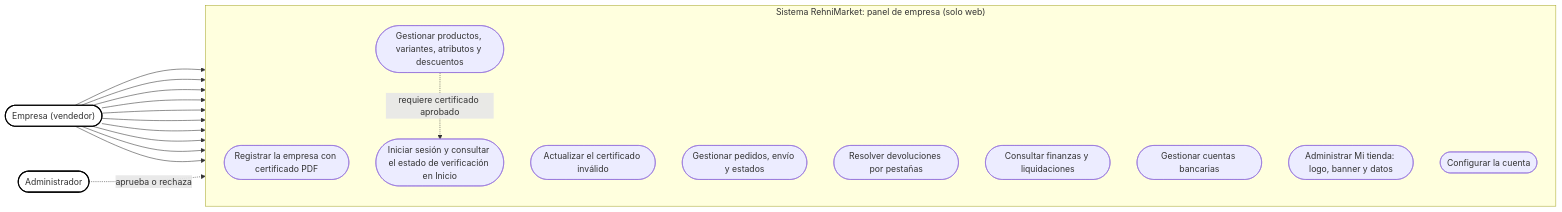
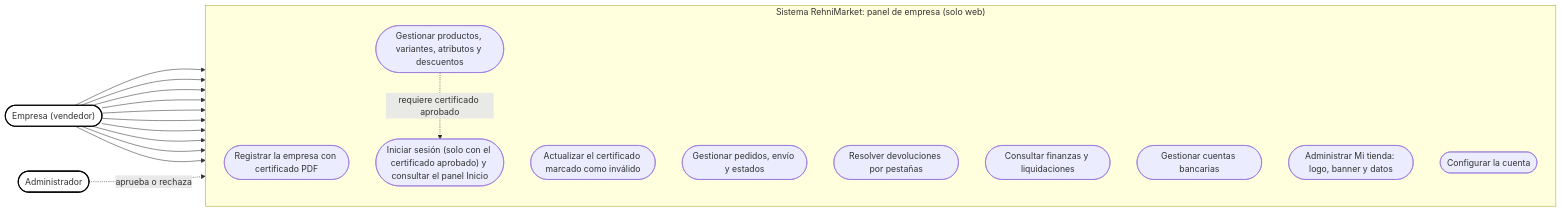
Before and after one commit to RehnieyAl/Rehni-Market: the diagram in docs/Manuales/diagramas/casos-de-uso-empresa.mmd, drawn with Mermaid. The commit also changed 59 other files, not shown here.

First line of the commit message:
docs(manuales): diagramas sin la app móvil y modelo de datos por módulo

```diff
--- a/docs/Manuales/diagramas/casos-de-uso-empresa.mmd
+++ b/docs/Manuales/diagramas/casos-de-uso-empresa.mmd
@@ -1,20 +1,20 @@
 flowchart LR
   E(["Empresa (vendedor)"]):::actor
   A(["Administrador"]):::actor
   subgraph S["Sistema RehniMarket: panel de empresa (solo web)"]
     direction TB
     U1(["Registrar la empresa con certificado PDF"])
-    U2(["Iniciar sesión y consultar el estado de verificación en Inicio"])
-    U3(["Actualizar el certificado inválido"])
+    U2(["Iniciar sesión (solo con el certificado aprobado) y consultar el panel Inicio"])
+    U3(["Actualizar el certificado marcado como inválido"])
     U4(["Gestionar productos, variantes, atributos y descuentos"])
     U5(["Gestionar pedidos, envío y estados"])
     U6(["Resolver devoluciones por pestañas"])
     U7(["Consultar finanzas y liquidaciones"])
     U8(["Gestionar cuentas bancarias"])
     U9(["Administrar Mi tienda: logo, banner y datos"])
     U10(["Configurar la cuenta"])
   end
   E --> U1 & U2 & U3 & U4 & U5 & U6 & U7 & U8 & U9 & U10
   A -. "aprueba o rechaza" .-> U1
   U4 -. "requiere certificado aprobado" .-> U2
   classDef actor fill:#fff,stroke:#000,stroke-width:2px;
```
